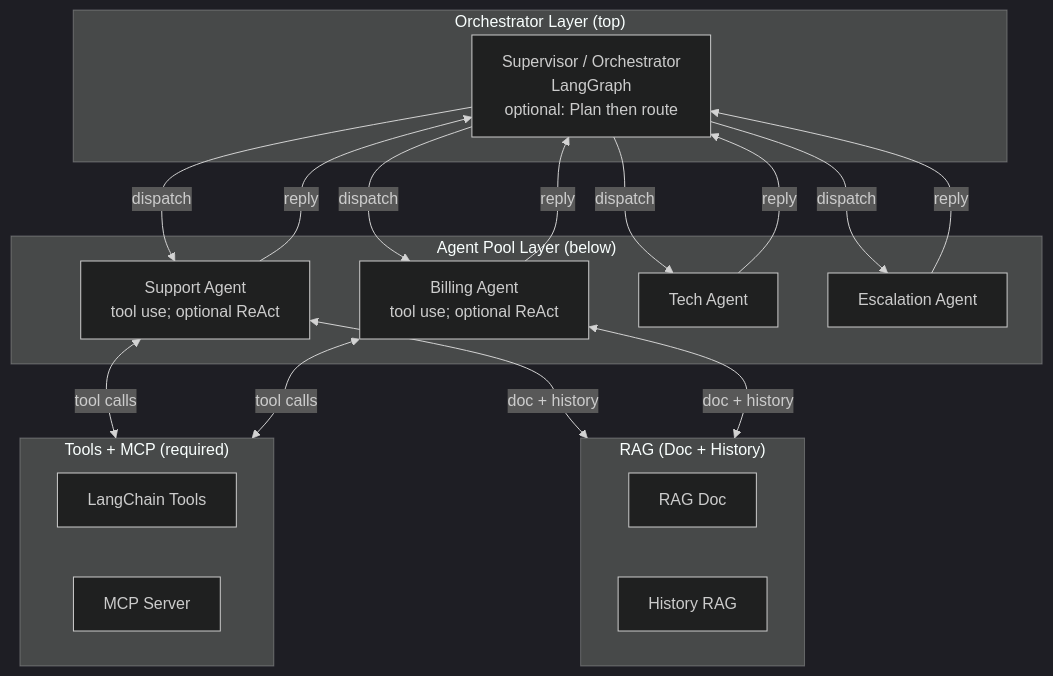
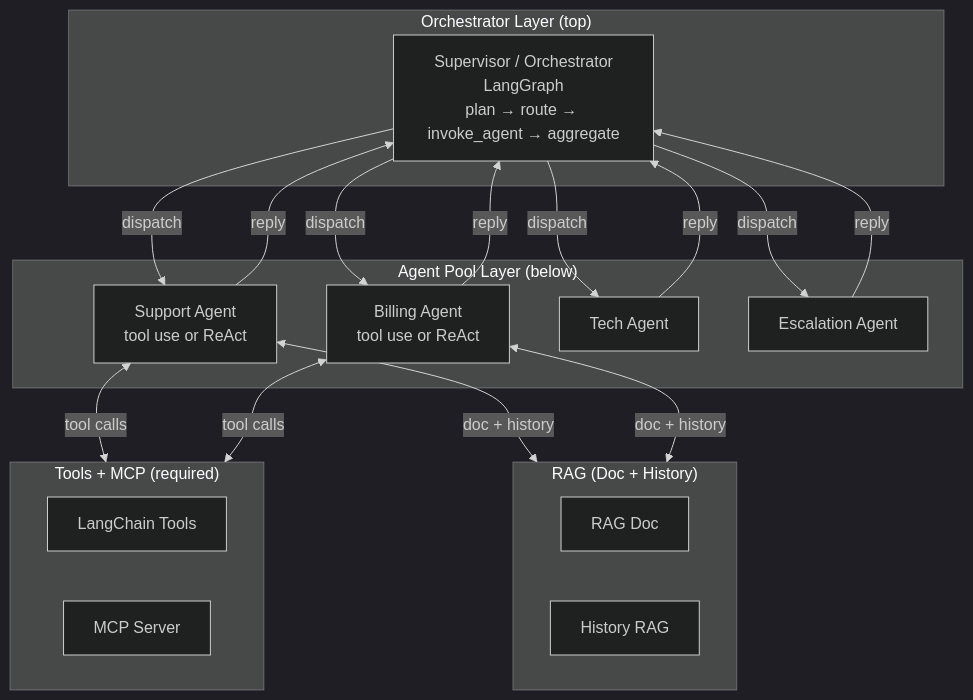
One commit to deepyad/Agentic_Production_Env changed the third of 16 diagrams in Documentation/ARCHITECTURE_DESIGN.md. Above: the diagram before and after it, drawn with Mermaid (dark theme). The commit also changed other lines of this file and 5 other files, not shown here.

Commit message:
Added Plan(For Superviser) and ReAct(For Agents) Functionality

````diff
--- a/Documentation/ARCHITECTURE_DESIGN.md
+++ b/Documentation/ARCHITECTURE_DESIGN.md
@@ -78,36 +78,36 @@
 ```mermaid
 flowchart TB
     subgraph Top["Orchestrator Layer (top)"]
-        SUP[Supervisor / Orchestrator<br/>LangGraph<br/>optional: Plan then route]
+        SUP[Supervisor / Orchestrator<br/>LangGraph<br/>plan → route → invoke_agent → aggregate]
     end
 
     subgraph Bottom["Agent Pool Layer (below)"]
-        SP[Support Agent<br/>tool use; optional ReAct]
-        BP[Billing Agent<br/>tool use; optional ReAct]
+        SP[Support Agent<br/>tool use or ReAct]
+        BP[Billing Agent<br/>tool use or ReAct]
         TP[Tech Agent]
         EP[Escalation Agent]
     end
 
     subgraph RAGLayer["RAG (Doc + History)"]
         DOC[RAG Doc]
         HIST[History RAG]
     end
 
     subgraph ToolsLayer["Tools + MCP (required)"]
         TOOLS[LangChain Tools]
         MCP[MCP Server]
     end
 
     SUP -->|"dispatch"| SP
     SUP -->|"dispatch"| BP
     SUP -->|"dispatch"| TP
     SUP -->|"dispatch"| EP
     SP -->|"reply"| SUP
     BP -->|"reply"| SUP
     TP -->|"reply"| SUP
     EP -->|"reply"| SUP
     SP <-->|"tool calls"| ToolsLayer
     SP <-->|"doc + history"| RAGLayer
     BP <-->|"tool calls"| ToolsLayer
     BP <-->|"doc + history"| RAGLayer
 ```
````
